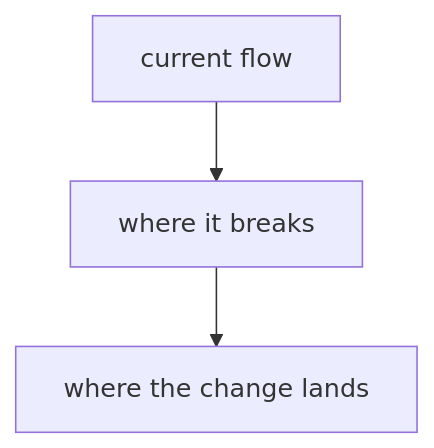
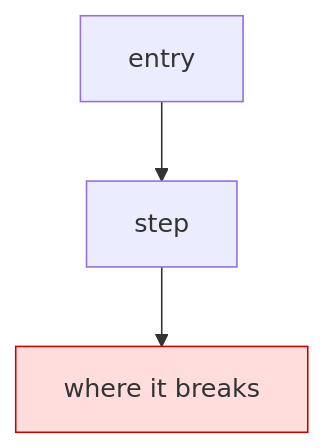
One commit to raviautar/architect-in-the-loop changed the first of 2 diagrams in skills/goal-alignment/piv-template.md. Above: the diagram before and after it, drawn with Mermaid. The commit also changed other lines of this file and 1 other file, not shown here.

Commit message:
goal-alignment: PIV diagrams live in Problem and Implementation (after prose), not as a brief-opener

````diff
--- a/skills/goal-alignment/piv-template.md
+++ b/skills/goal-alignment/piv-template.md
@@ -3,6 +9,7 @@
 ```mermaid
 flowchart TD
-    %% one running diagram of the path this round touches; extend it in place as design deepens
-    A["current flow"] --> B["where it breaks"]
-    B --> C["where the change lands"]
+    %% current flow, with the exact point it breaks marked
+    A["entry"] --> B["step"]
+    B --> X["where it breaks"]:::break
+    classDef break fill:#fdd,stroke:#c00;
 ```
````
